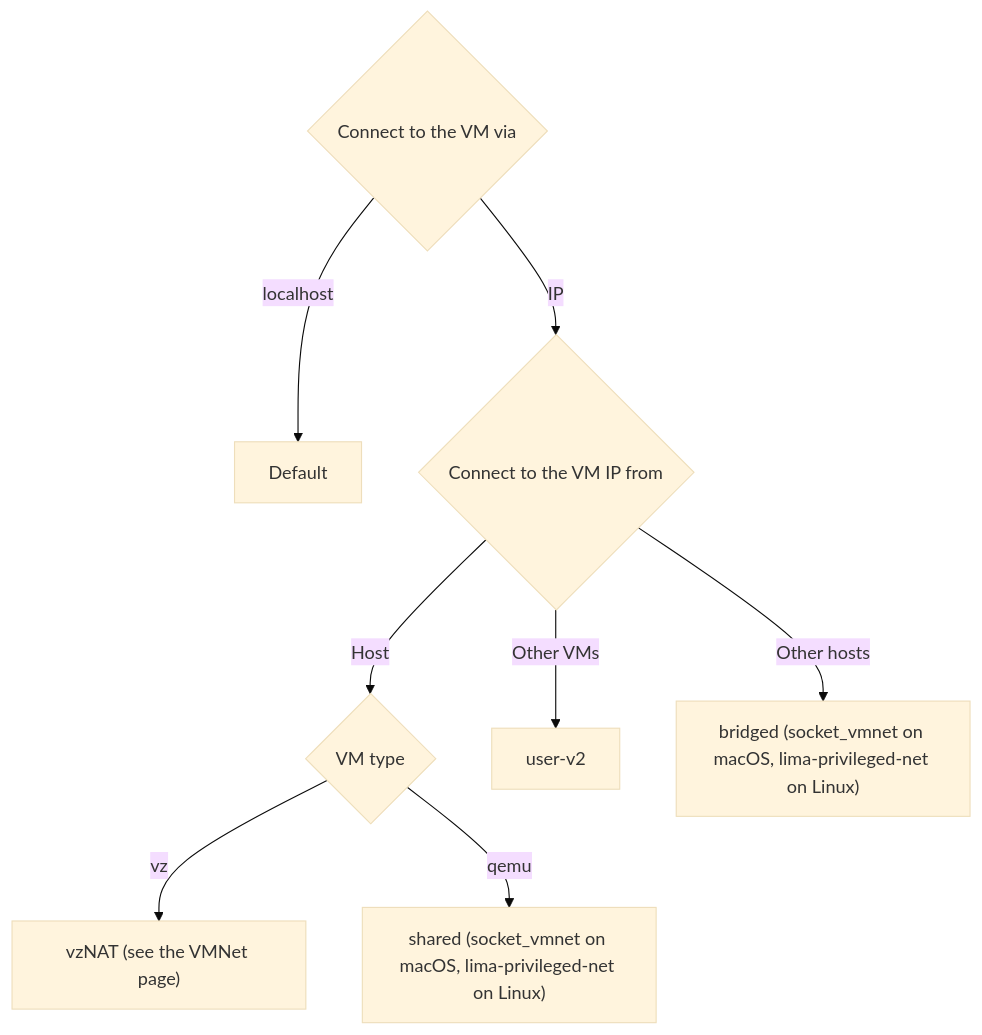
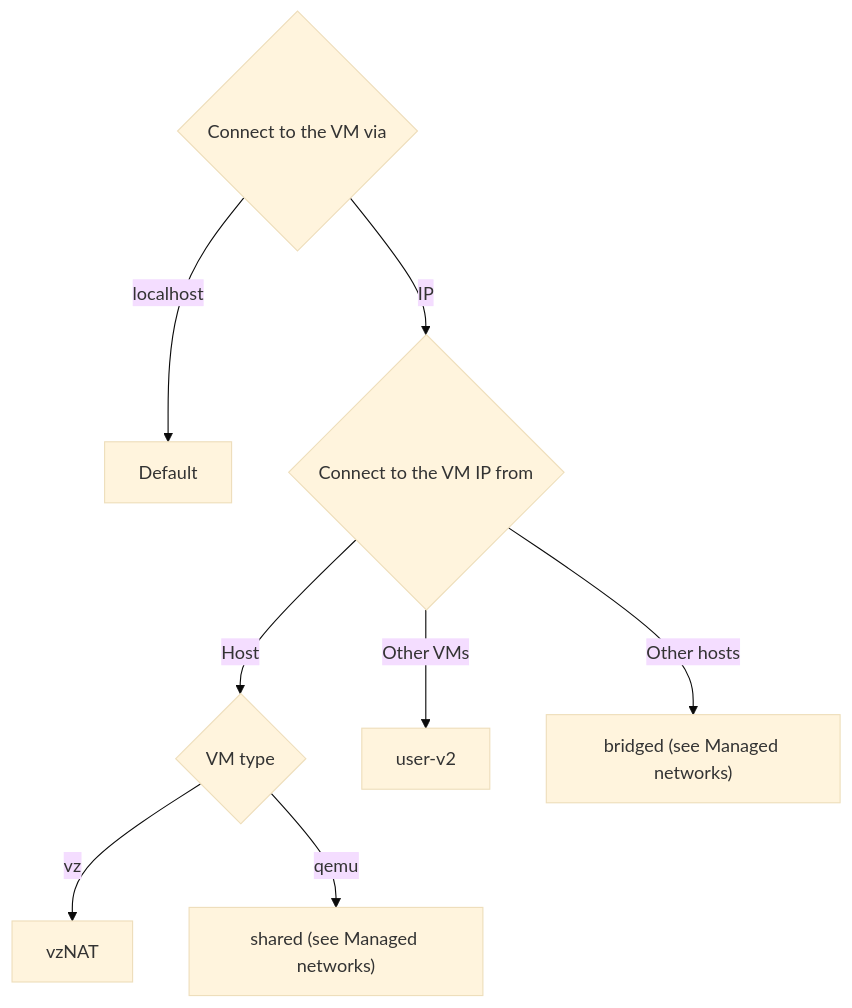
The diagram in website/content/en/docs/config/network/_index.md (lima-vm/lima), drawn with Mermaid (base theme) before and after one commit. The commit also changed 12 other files, not shown here.

Commit message:
docs: migrate vmnet docs under network/managed/

````diff
--- a/website/content/en/docs/config/network/_index.md
+++ b/website/content/en/docs/config/network/_index.md
@@ -7,10 +7,10 @@
 ```mermaid
 flowchart
 connect_to_vm_via{"Connect to the VM via"} -- "localhost" --> default["Default"]
   connect_to_vm_via -- "IP" --> connect_from{"Connect to the VM IP from"}
   connect_from -- "Host" --> vm{"VM type"}
-  vm -- "vz" --> vzNAT["vzNAT (see the VMNet page)"]
-  vm -- "qemu" --> shared["shared (socket_vmnet on macOS, lima-privileged-net on Linux)"]
+  vm -- "vz" --> vzNAT["vzNAT"]
+  vm -- "qemu" --> shared["shared (see Managed networks)"]
   connect_from -- "Other VMs" --> userV2["user-v2"]
-  connect_from -- "Other hosts" --> bridged["bridged (socket_vmnet on macOS, lima-privileged-net on Linux)"]
+  connect_from -- "Other hosts" --> bridged["bridged (see Managed networks)"]
 ```
````
